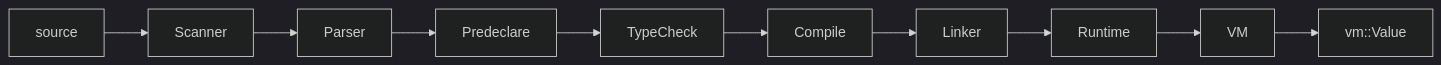
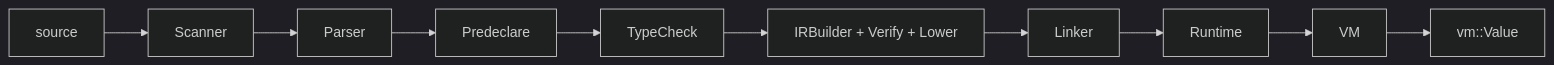
One commit to nikiplus/niki changed the third of 7 diagrams in include/niki/l0_core/readme.md. Above: the diagram before and after it, drawn with Mermaid (dark theme). The commit also changed other lines of this file and 46 other files, not shown here.

````diff
--- a/include/niki/l0_core/readme.md
+++ b/include/niki/l0_core/readme.md
@@ -71,12 +73,12 @@
 ```mermaid
 graph LR
     S[source] --> SC[Scanner]
     SC --> PR[Parser]
     PR --> PD[Predeclare]
     PD --> TC[TypeCheck]
-    TC --> CP[Compile]
-    CP --> LK[Linker]
+    TC --> IRP[IRBuilder + Verify + Lower]
+    IRP --> LK[Linker]
     LK --> RT[Runtime]
     RT --> VM[VM]
     VM --> O[vm::Value]
 ```
````
